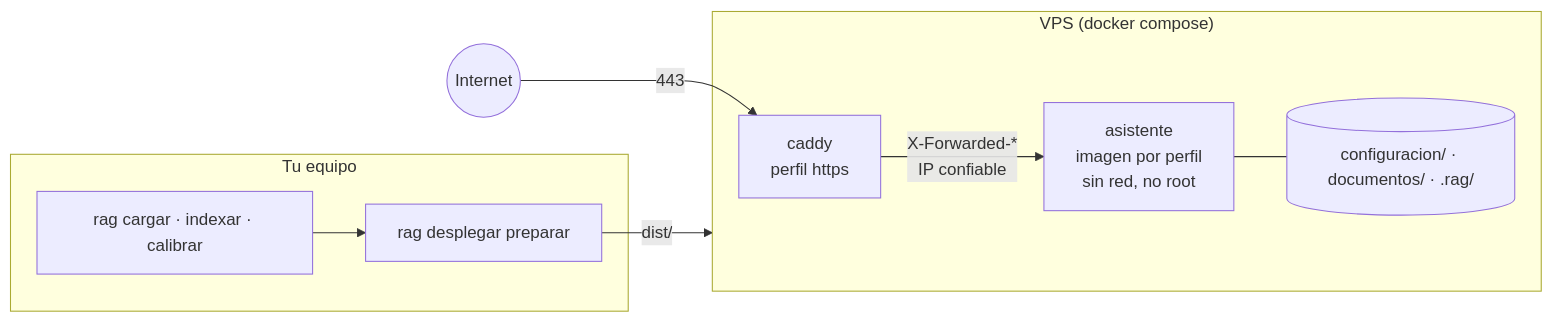
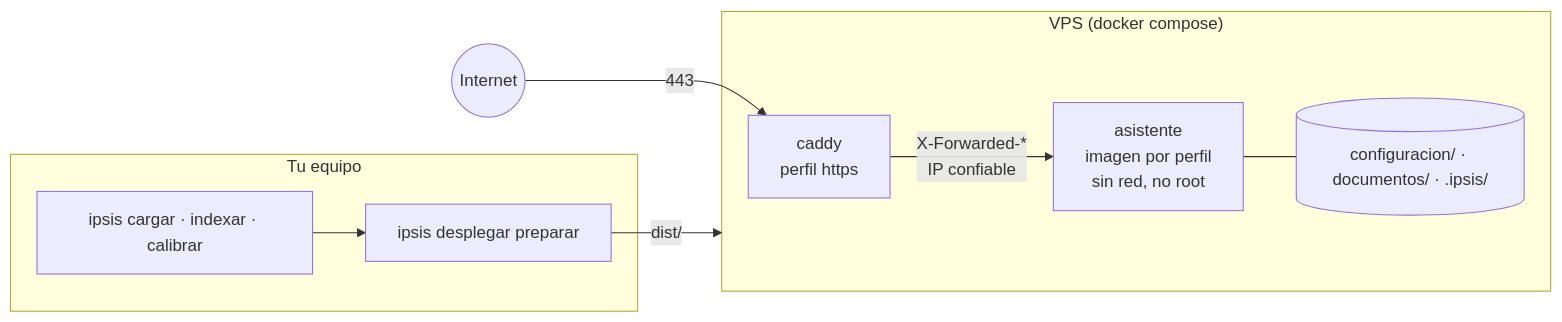
The sixth of 6 diagrams in docs/arquitectura.md (ClaudioH19/ipsis), drawn with Mermaid before and after one commit. The commit also changed other lines of this file and 378 other files, not shown here.

````diff
--- a/docs/arquitectura.md
+++ b/docs/arquitectura.md
@@ -266,12 +266,12 @@
 ```mermaid
 flowchart LR
     subgraph Equipo["Tu equipo"]
-        R1["rag cargar · indexar · calibrar"] --> R2["rag desplegar preparar"]
+        R1["ipsis cargar · indexar · calibrar"] --> R2["ipsis desplegar preparar"]
     end
     R2 -- "dist/" --> VPS
     subgraph VPS["VPS (docker compose)"]
         CA["caddy<br/>perfil https"] -- "X-Forwarded-*<br/>IP confiable" --> AS["asistente<br/>imagen por perfil<br/>sin red, no root"]
-        AS --- V[("configuracion/ · documentos/ · .rag/")]
+        AS --- V[("configuracion/ · documentos/ · .ipsis/")]
     end
     Internet((Internet)) -- "443" --> CA
 ```
````
